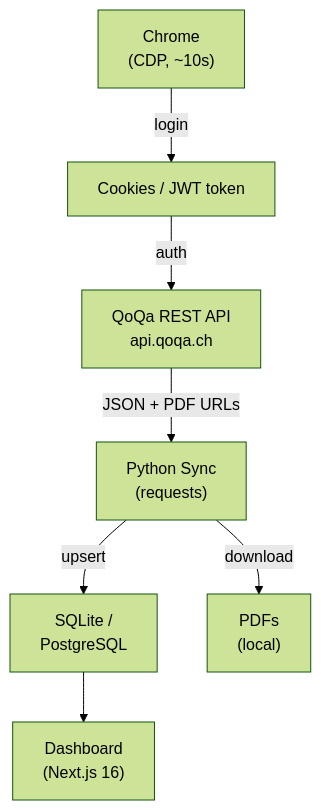
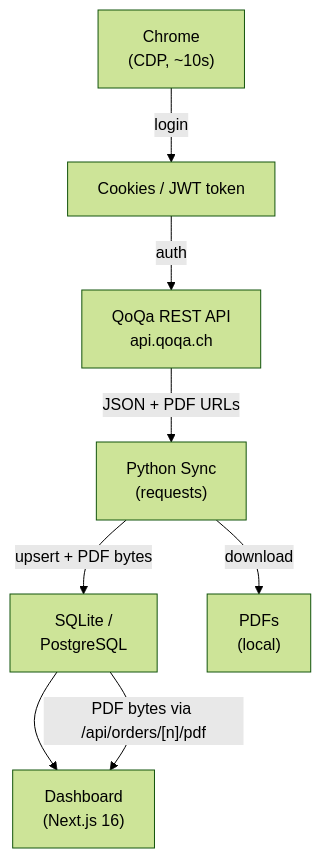
One commit to nyg/qoqa-compta changed the diagram in docs/architecture.md. Above: the diagram before and after it, drawn with Mermaid (forest theme). The commit also changed other lines of this file and 19 other files, not shown here.

````diff
--- a/docs/architecture.md
+++ b/docs/architecture.md
@@ -8,17 +8,18 @@
 ```mermaid
 flowchart TD
     Chrome["Chrome\n(CDP, ~10s)"]
     JWT["Cookies / JWT token"]
     QoqaAPI["QoQa REST API\napi.qoqa.ch"]
     PythonSync["Python Sync\n(requests)"]
     DB["SQLite /\nPostgreSQL"]
     PDFs["PDFs\n(local)"]
     Dashboard["Dashboard\n(Next.js 16)"]
 
     Chrome -->|login| JWT
     JWT -->|auth| QoqaAPI
     QoqaAPI -->|"JSON + PDF URLs"| PythonSync
-    PythonSync -->|upsert| DB
+    PythonSync -->|upsert + PDF bytes| DB
     PythonSync -->|download| PDFs
     DB --> Dashboard
+    DB -->|"PDF bytes via /api/orders/[n]/pdf"| Dashboard
 ```
````
